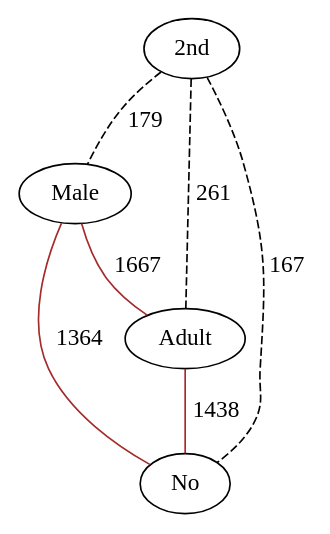
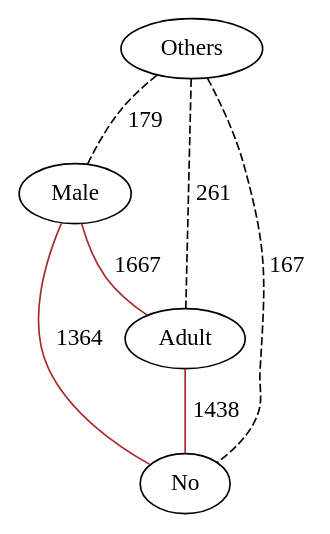
The diagram in src/extension/linearGraph.dot (lrodrin/TFG), drawn with Graphviz before and after one commit. The commit also changed 3 other files, not shown here.

Commit message:
s'ha modificat el copy list de la classe Graph perquè amb python 2 no li agrada

```diff
--- a/src/extension/linearGraph.dot
+++ b/src/extension/linearGraph.dot
@@ -1,12 +1,12 @@
 strict graph "()" {
-"2nd";
+Others;
 Male;
 Adult;
 No;
-"2nd" -- Male  [color=black, label=179, style=dashed];
-"2nd" -- Adult  [color=black, label=261, style=dashed];
-"2nd" -- No  [color=black, label=167, style=dashed];
+Others -- Male  [color=black, label=179, style=dashed];
+Others -- Adult  [color=black, label=261, style=dashed];
+Others -- No  [color=black, label=167, style=dashed];
 Male -- Adult  [color=brown, label=1667, style=solid];
 Male -- No  [color=brown, label=1364, style=solid];
 Adult -- No  [color=brown, label=1438, style=solid];
 }
```
